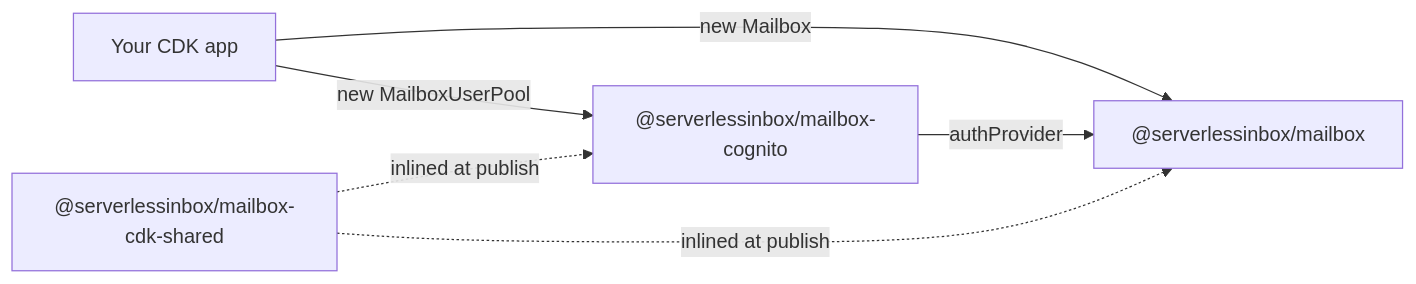
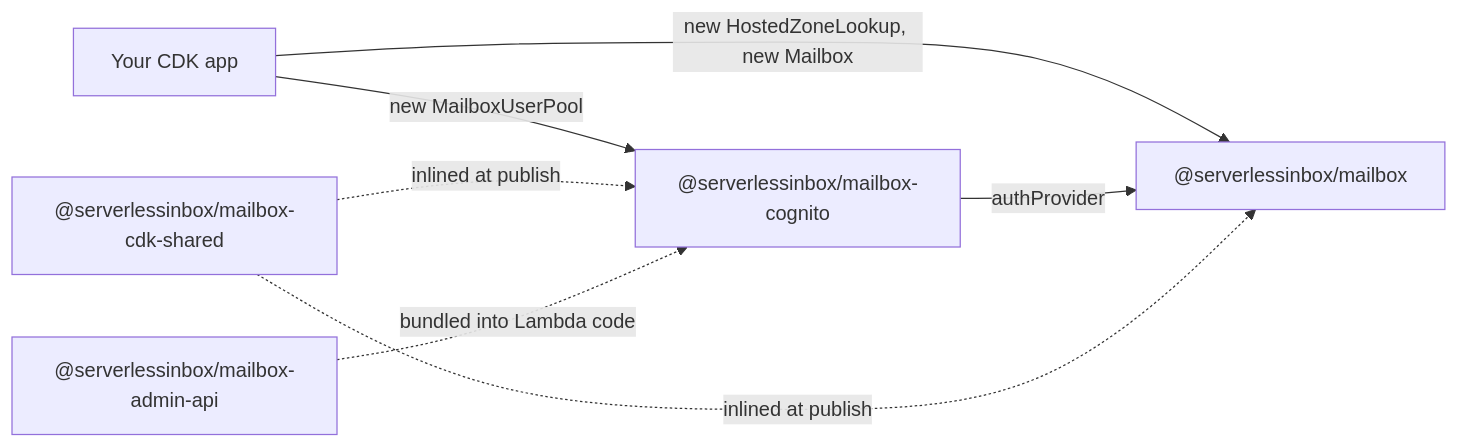
The diagram in README.md (serverlessinbox/mailbox-cdk), drawn with Mermaid before and after one commit. The commit also changed other lines of this file and 1 other file, not shown here.

````diff
--- a/README.md
+++ b/README.md
@@ -53,8 +61,9 @@
 ```mermaid
 flowchart LR
-  app["Your CDK app"] -->|new Mailbox| mailbox["@serverlessinbox/mailbox"]
+  app["Your CDK app"] -->|new HostedZoneLookup, new Mailbox| mailbox["@serverlessinbox/mailbox"]
   app -->|new MailboxUserPool| cognito["@serverlessinbox/mailbox-cognito"]
   cognito -->|authProvider| mailbox
   shared["@serverlessinbox/mailbox-cdk-shared"] -. inlined at publish .-> mailbox
   shared -. inlined at publish .-> cognito
+  adminapi["@serverlessinbox/mailbox-admin-api"] -. bundled into Lambda code .-> cognito
 ```
````
